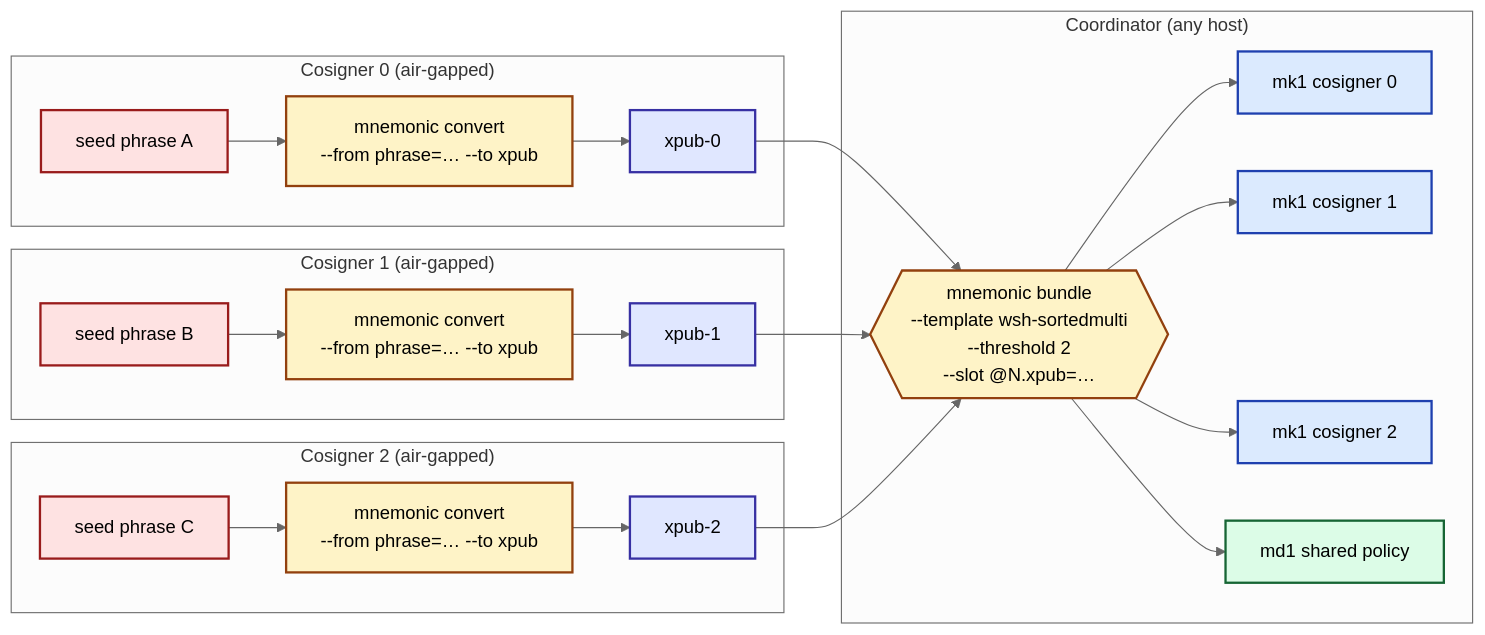
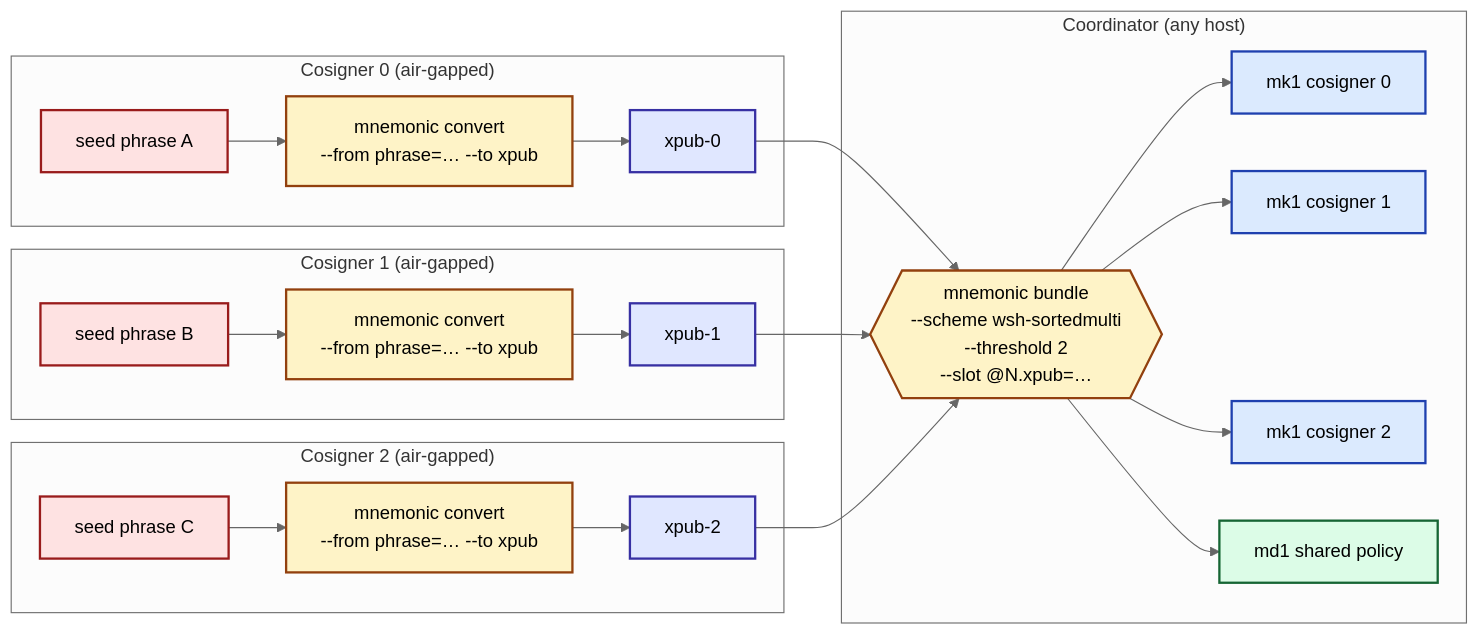
One commit to bg002h/mnemonic-toolkit changed the diagram in docs/quickstart/src/40-watch-only/42-multisig-watch-only.md. Above: the diagram before and after it, drawn with Mermaid (neutral theme). The commit also changed other lines of this file and 189 other files, not shown here.

First line of the commit message:
cli: a named wallet scheme is --scheme; --template / --archetype stay as hidden aliases

````diff
--- a/docs/quickstart/src/40-watch-only/42-multisig-watch-only.md
+++ b/docs/quickstart/src/40-watch-only/42-multisig-watch-only.md
@@ -12,31 +12,31 @@
 ```mermaid
 flowchart LR
   subgraph C0["Cosigner 0 (air-gapped)"]
     s0[seed phrase A]:::secret --> x0["mnemonic convert<br/>--from phrase=… --to xpub"]:::layer
     x0 --> p0[xpub-0]:::pub
   end
   subgraph C1["Cosigner 1 (air-gapped)"]
     s1[seed phrase B]:::secret --> x1["mnemonic convert<br/>--from phrase=… --to xpub"]:::layer
     x1 --> p1[xpub-1]:::pub
   end
   subgraph C2["Cosigner 2 (air-gapped)"]
     s2[seed phrase C]:::secret --> x2["mnemonic convert<br/>--from phrase=… --to xpub"]:::layer
     x2 --> p2[xpub-2]:::pub
   end
   subgraph CO["Coordinator (any host)"]
-    bundle{{mnemonic bundle<br/>--template wsh-sortedmulti<br/>--threshold 2<br/>--slot @N.xpub=…}}:::layer
+    bundle{{mnemonic bundle<br/>--scheme wsh-sortedmulti<br/>--threshold 2<br/>--slot @N.xpub=…}}:::layer
     bundle --> mk0[mk1 cosigner 0]:::key
     bundle --> mk1c[mk1 cosigner 1]:::key
     bundle --> mk2[mk1 cosigner 2]:::key
     bundle --> md1[md1 shared policy]:::desc
   end
   p0 --> bundle
   p1 --> bundle
   p2 --> bundle
 
   classDef layer fill:#fef3c7,stroke:#92400e,stroke-width:2px
   classDef secret fill:#fee2e2,stroke:#991b1b,stroke-width:2px
   classDef pub fill:#e0e7ff,stroke:#3730a3,stroke-width:2px
   classDef key fill:#dbeafe,stroke:#1e40af,stroke-width:2px
   classDef desc fill:#dcfce7,stroke:#166534,stroke-width:2px
 ```
````
